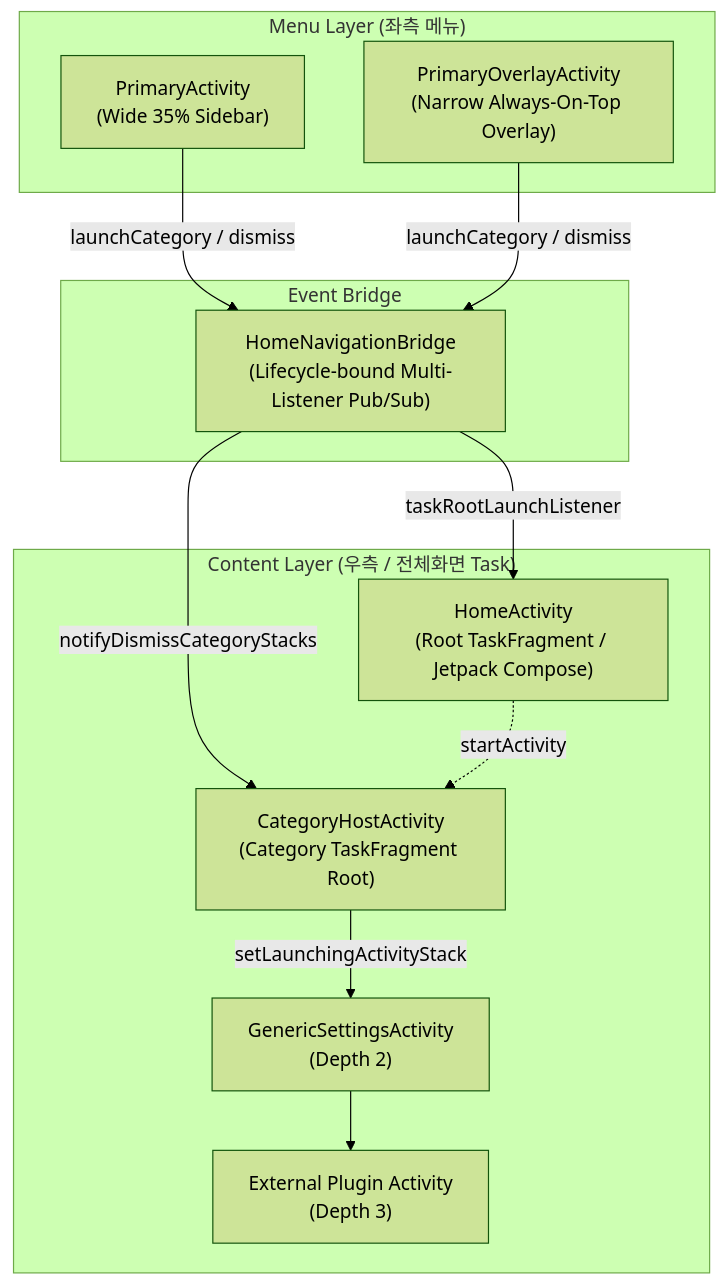
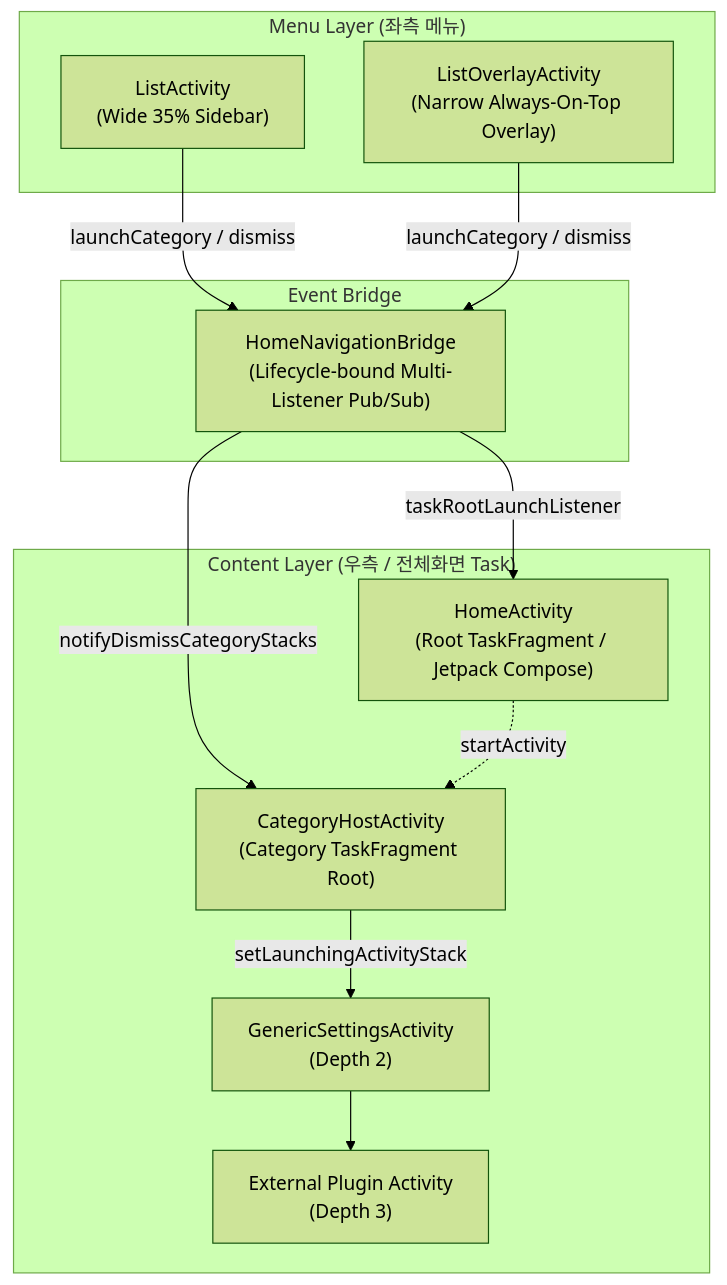
The diagram in docs/split_and_overlay_architecture.md (EaseTheWorld/activity-embedding-test), drawn with Mermaid (forest theme) before and after one commit. The commit also changed other lines of this file and 1 other file, not shown here.

Commit message:
docs: document focus ATMS vs No-ATMS, top-left/full-width overlay bounds, and dim experiments

````diff
--- a/docs/split_and_overlay_architecture.md
+++ b/docs/split_and_overlay_architecture.md
@@ -37,26 +37,26 @@
 ```mermaid
 flowchart TD
     subgraph MenuLayer ["Menu Layer (좌측 메뉴)"]
-        PA["PrimaryActivity<br/>(Wide 35% Sidebar)"]
-        POA["PrimaryOverlayActivity<br/>(Narrow Always-On-Top Overlay)"]
+        PA["ListActivity<br/>(Wide 35% Sidebar)"]
+        POA["ListOverlayActivity<br/>(Narrow Always-On-Top Overlay)"]
     end
 
     subgraph BridgeLayer ["Event Bridge"]
         HNB["HomeNavigationBridge<br/>(Lifecycle-bound Multi-Listener Pub/Sub)"]
     end
 
     subgraph ContentLayer ["Content Layer (우측 / 전체화면 Task)"]
         HA["HomeActivity<br/>(Root TaskFragment / Jetpack Compose)"]
         CHA["CategoryHostActivity<br/>(Category TaskFragment Root)"]
         Sub1["GenericSettingsActivity<br/>(Depth 2)"]
         Sub2["External Plugin Activity<br/>(Depth 3)"]
     end
 
     PA -->|launchCategory / dismiss| HNB
     POA -->|launchCategory / dismiss| HNB
     HNB -->|notifyDismissCategoryStacks| CHA
     HNB -->|taskRootLaunchListener| HA
     HA -.->|startActivity| CHA
     CHA -->|setLaunchingActivityStack| Sub1
     Sub1 --> Sub2
 ```
````
